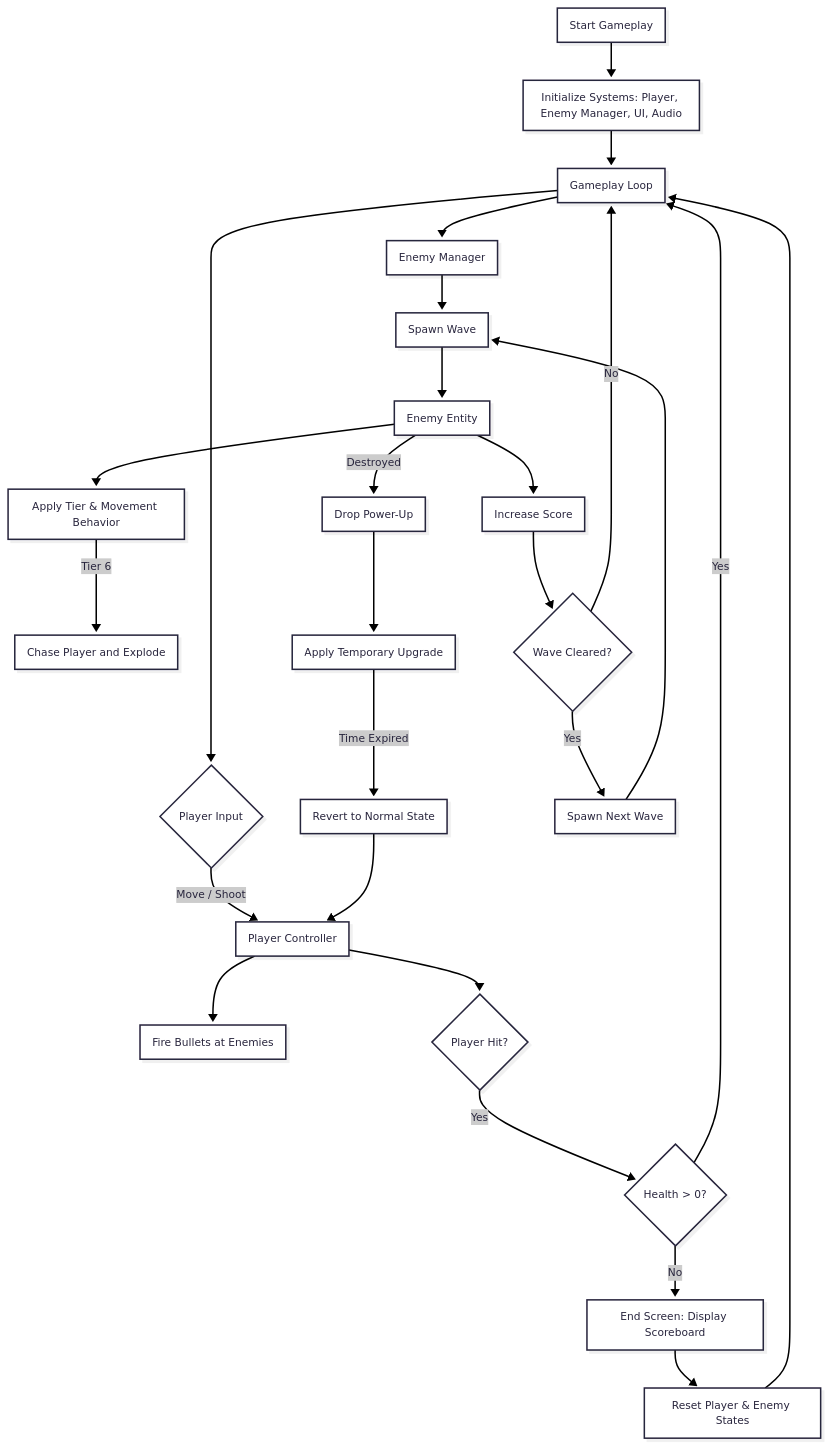
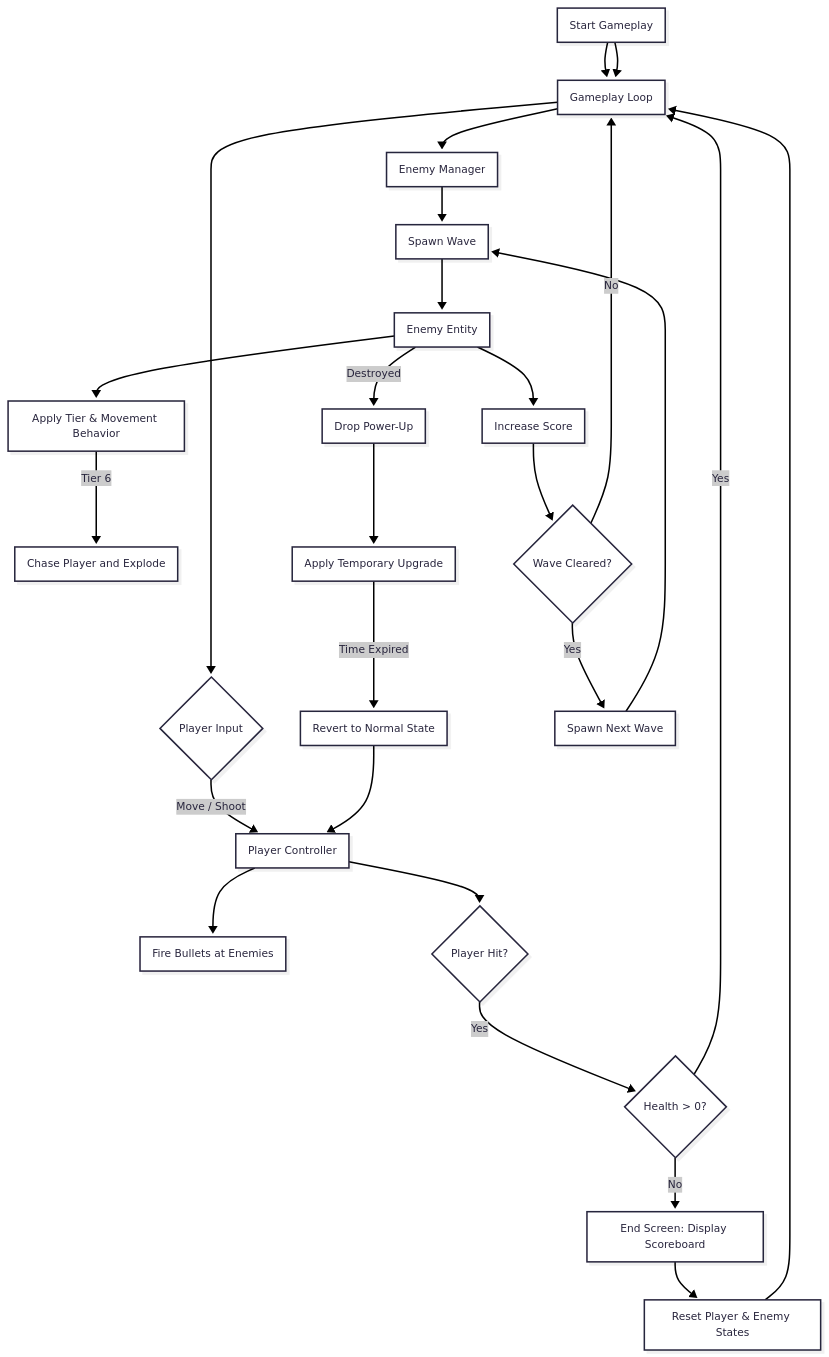
The third of 4 diagrams in README.md (Justsomeguy241/Game-ProgrammingClass), drawn with Mermaid before and after one commit.

````diff
--- a/README.md
+++ b/README.md
@@ -193,47 +193,47 @@
 ```mermaid
 ---
 config:
   theme: redux
   look: neo
 ---
 flowchart TD
   start["Start Gameplay"]
-  start --> init["Initialize Systems: Player, Enemy Manager, UI, Audio"]
+  start --> loop
 
   %% === GAMEPLAY CORE ===
-  init --> loop["Gameplay Loop"]
+  start --> loop["Gameplay Loop"]
   loop --> input{"Player Input"}
   input -->|"Move / Shoot"| player["Player Controller"]
   player --> shoot["Fire Bullets at Enemies"]
 
   %% === ENEMY SYSTEM ===
   loop --> EM["Enemy Manager"]
   EM --> spawn["Spawn Wave"]
   spawn --> enemy["Enemy Entity"]
   enemy --> behavior["Apply Tier & Movement Behavior"]
   behavior -->|"Tier 6"| chase["Chase Player and Explode"]
   enemy -->|"Destroyed"| drop["Drop Power-Up"]
   drop --> upgrade["Apply Temporary Upgrade"]
 
   %% === POWER-UP SYSTEM ===
   upgrade -->|"Time Expired"| revert["Revert to Normal State"]
   revert --> player
 
   %% === SCORE AND WAVE LOGIC ===
   enemy --> score["Increase Score"]
   score --> waves{"Wave Cleared?"}
   waves -->|"Yes"| nextWave["Spawn Next Wave"]
   waves -->|"No"| loop
   nextWave --> spawn
 
   %% === HEALTH / GAME OVER ===
   player --> hit{"Player Hit?"}
   hit -->|"Yes"| hpCheck{"Health > 0?"}
   hpCheck -->|"No"| endScr["End Screen: Display Scoreboard"]
   hpCheck -->|"Yes"| loop
 
   %% === LOOP BACK AFTER DEATH ===
   endScr --> reset["Reset Player & Enemy States"]
   reset --> loop
 
 ```
````
